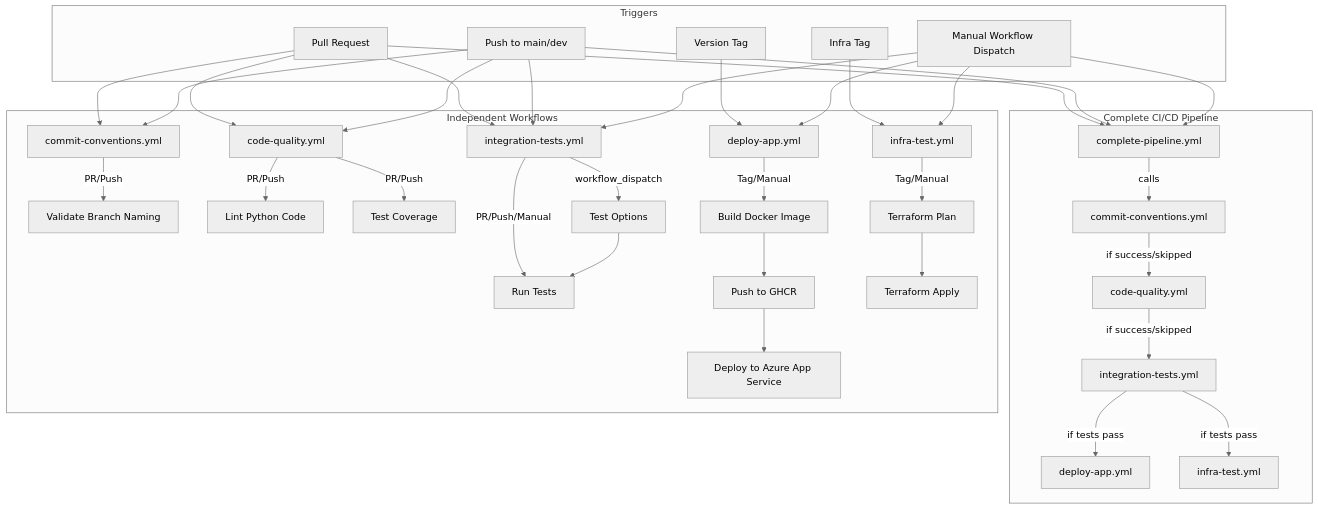
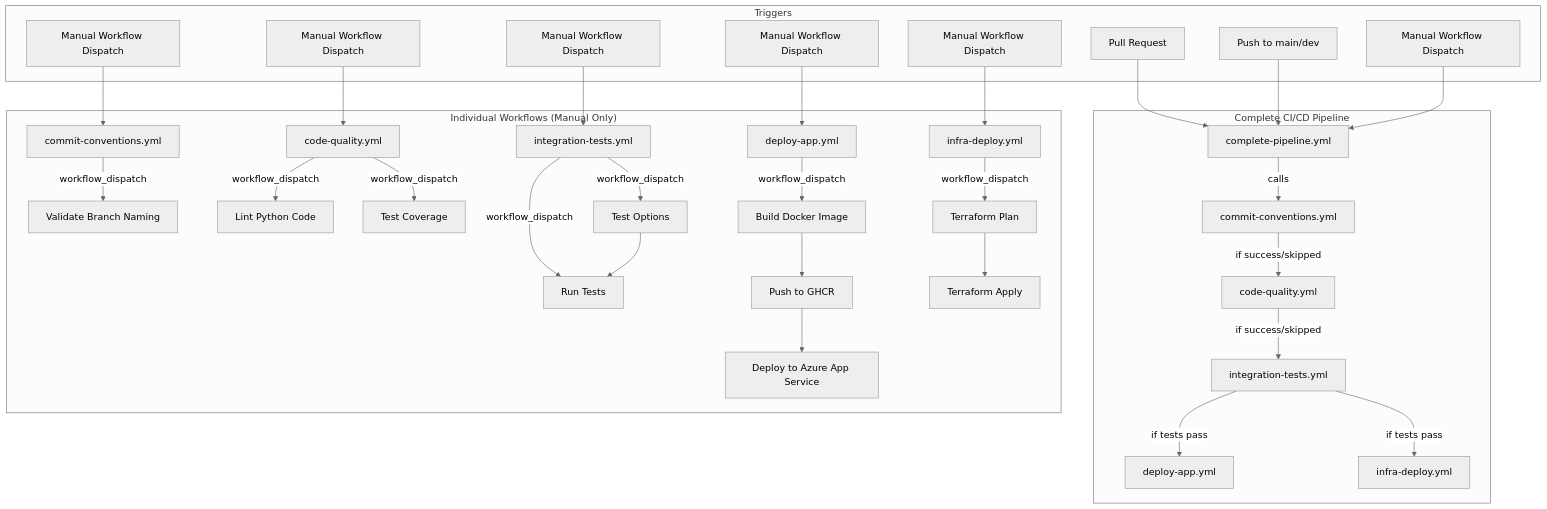
One commit to sdamache/konveyor changed the first of 4 diagrams in docs/github_workflows.md. Above: the diagram before and after it, drawn with Mermaid (neutral theme). The commit also changed other lines of this file, not shown here.

Commit message:
docs: update GitHub workflow documentation to reflect centralized trigger design

````diff
--- a/docs/github_workflows.md
+++ b/docs/github_workflows.md
@@ -20,48 +20,39 @@
 ```mermaid
 graph TD
     subgraph "Complete CI/CD Pipeline"
         pipeline[complete-pipeline.yml] --> |calls| branch[commit-conventions.yml]
         branch --> |if success/skipped| quality[code-quality.yml]
         quality --> |if success/skipped| tests[integration-tests.yml]
         tests --> |if tests pass| deploy[deploy-app.yml]
-        tests --> |if tests pass| infra[infra-test.yml]
+        tests --> |if tests pass| infra[infra-deploy.yml]
     end
 
-    subgraph "Independent Workflows"
-        branch_ind[commit-conventions.yml] --> |PR/Push| validate[Validate Branch Naming]
+    subgraph "Individual Workflows (Manual Only)"
+        branch_ind[commit-conventions.yml] --> |workflow_dispatch| validate[Validate Branch Naming]
 
-        quality_ind[code-quality.yml] --> |PR/Push| lint[Lint Python Code]
-        quality_ind --> |PR/Push| coverage[Test Coverage]
+        quality_ind[code-quality.yml] --> |workflow_dispatch| lint[Lint Python Code]
+        quality_ind --> |workflow_dispatch| coverage[Test Coverage]
 
-        tests_ind[integration-tests.yml] --> |PR/Push/Manual| run_tests[Run Tests]
+        tests_ind[integration-tests.yml] --> |workflow_dispatch| run_tests[Run Tests]
         tests_ind --> |workflow_dispatch| test_options[Test Options]
         test_options --> run_tests
 
-        deploy_ind[deploy-app.yml] --> |Tag/Manual| build[Build Docker Image]
+        deploy_ind[deploy-app.yml] --> |workflow_dispatch| build[Build Docker Image]
         build --> push[Push to GHCR]
         push --> deploy_app[Deploy to Azure App Service]
 
-        infra_ind[infra-test.yml] --> |Tag/Manual| plan[Terraform Plan]
+        infra_ind[infra-deploy.yml] --> |workflow_dispatch| plan[Terraform Plan]
         plan --> apply[Terraform Apply]
     end
 
     subgraph "Triggers"
-        pr[Pull Request] --> branch_ind
-        pr --> quality_ind
-        pr --> tests_ind
-        pr --> pipeline
-
-        push_main[Push to main/dev] --> branch_ind
-        push_main --> quality_ind
-        push_main --> tests_ind
-        push_main --> pipeline
-
-        tag_version[Version Tag] --> deploy_ind
-        tag_infra[Infra Tag] --> infra_ind
-
+        pr[Pull Request] --> pipeline
+        push_main[Push to main/dev] --> pipeline
         manual[Manual Workflow Dispatch] --> pipeline
-        manual --> tests_ind
-        manual --> deploy_ind
-        manual --> infra_ind
+        manual2[Manual Workflow Dispatch] --> branch_ind
+        manual3[Manual Workflow Dispatch] --> quality_ind
+        manual4[Manual Workflow Dispatch] --> tests_ind
+        manual5[Manual Workflow Dispatch] --> deploy_ind
+        manual6[Manual Workflow Dispatch] --> infra_ind
     end
 ```
````
